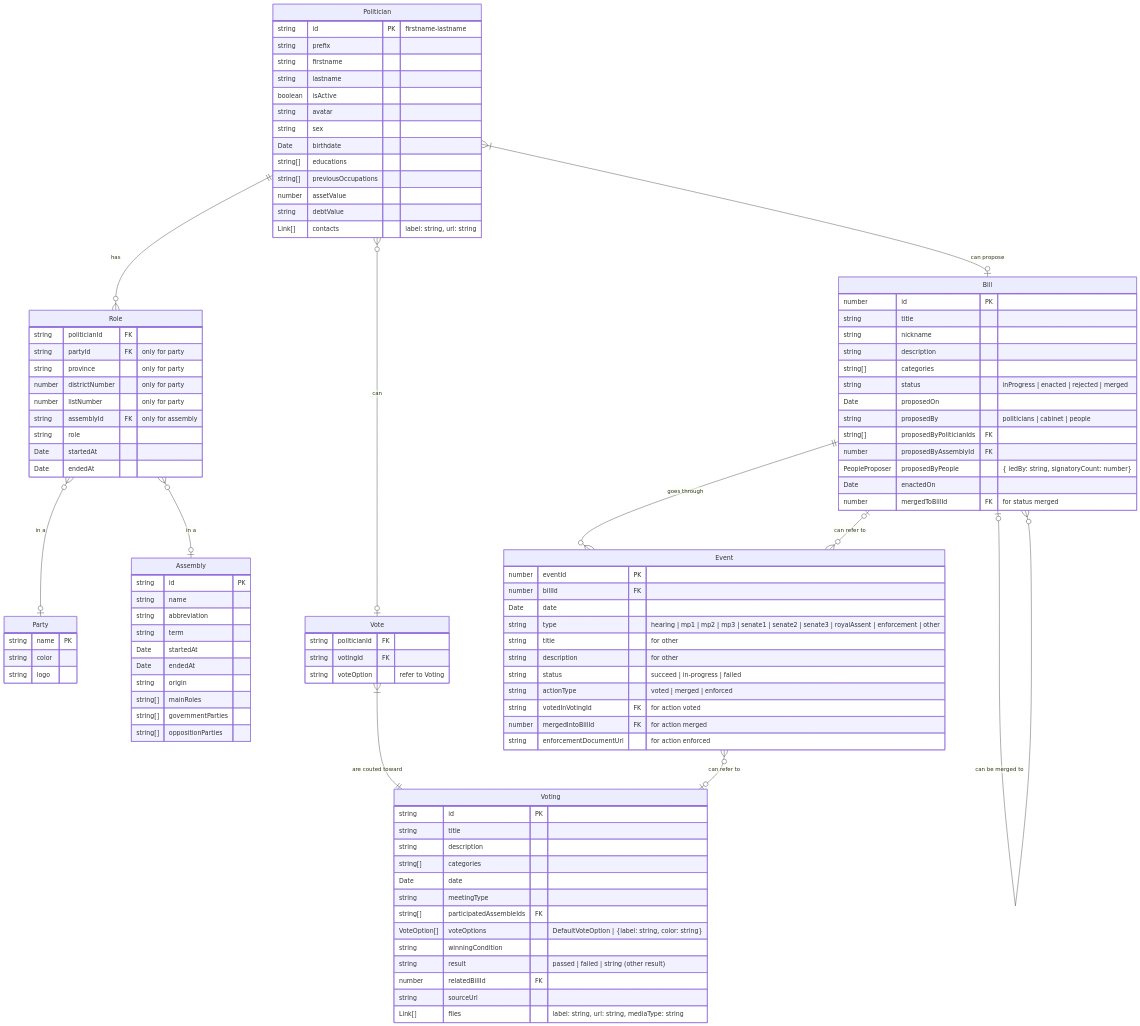
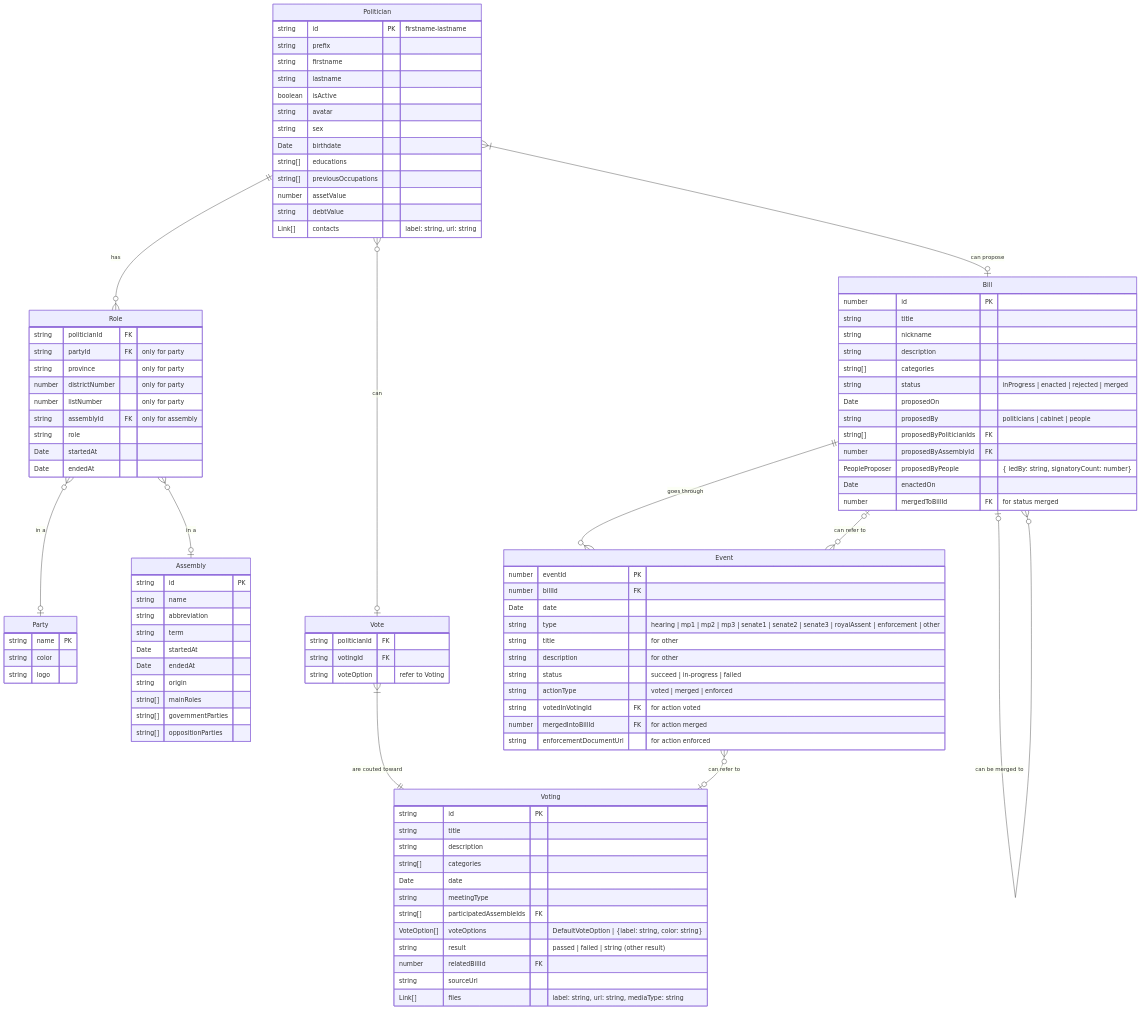
The diagram in src/models/README.md (wevisdemo/parliament-watch), drawn with Mermaid before and after one commit. The commit also changed 3 other files, not shown here.

Commit message:
feat(wev-99): join with assembly and remove winning condition in voting model

```diff
--- a/src/models/README.md
+++ b/src/models/README.md
@@ -85,7 +85,6 @@
     string meetingType
     string[] participatedAssembleIds FK
     VoteOption[] voteOptions "DefaultVoteOption | {label: string, color: string}"
-    string winningCondition
     string result "passed | failed | string (other result)"
     number relatedBillId FK
     string sourceUrl
```
